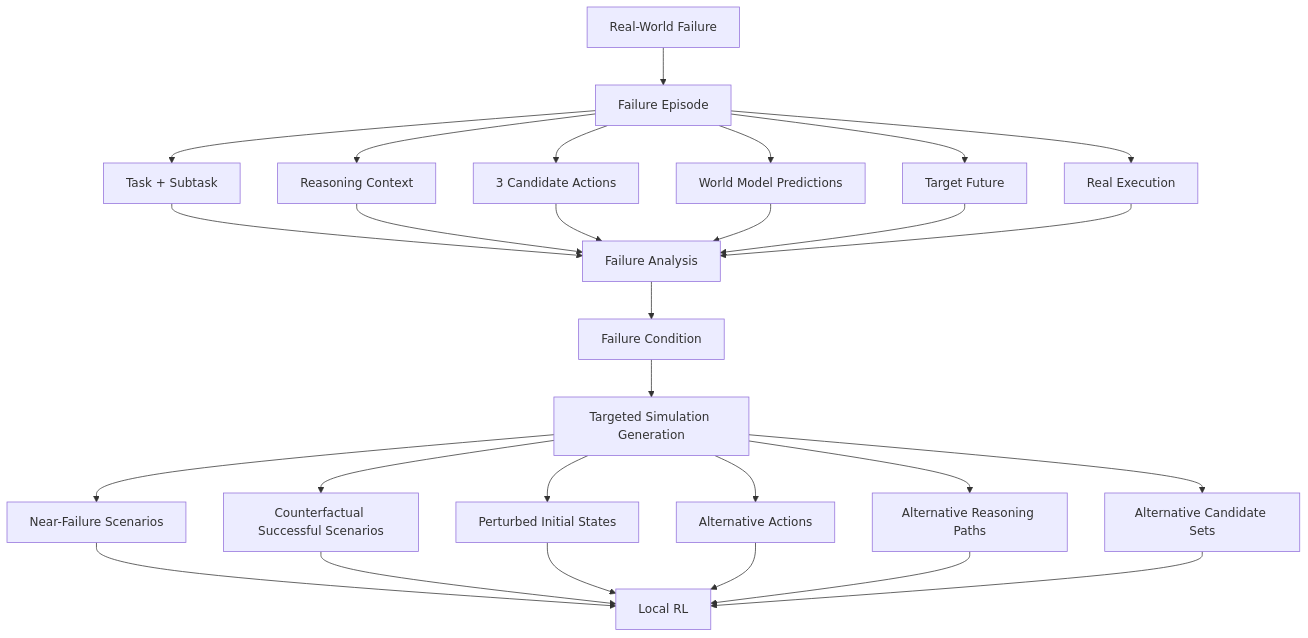
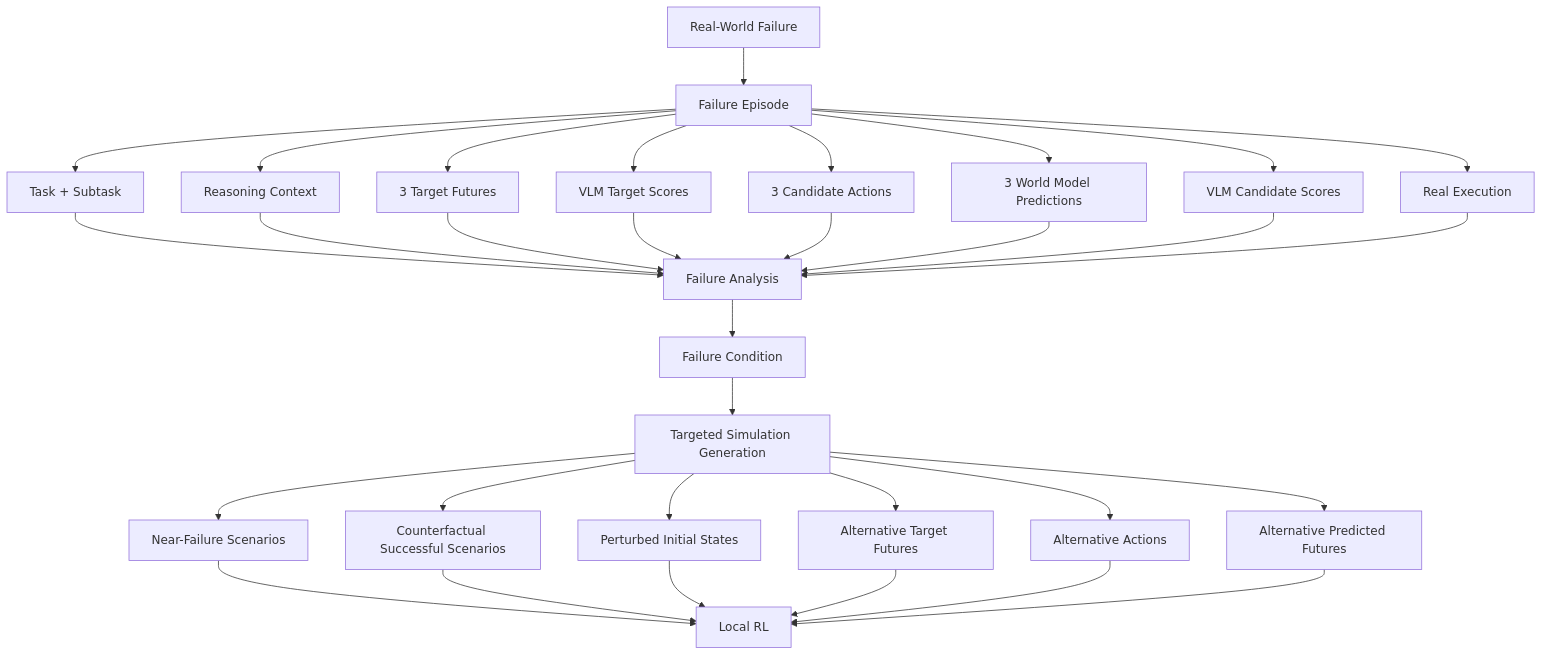
Before and after one commit to Freelunch-AI/freelunch-ide: the ninth of 13 diagrams in docs/specs/post-demo/lunch_robotics.md, drawn with Mermaid. The commit also changed other lines of this file, not shown here.

````diff
--- a/docs/specs/post-demo/lunch_robotics.md
+++ b/docs/specs/post-demo/lunch_robotics.md
@@ -1427,36 +1508,40 @@
 ```mermaid
 flowchart TD
     A["Real-World Failure"] --> B["Failure Episode"]
 
     B --> C["Task + Subtask"]
     B --> D["Reasoning Context"]
-    B --> E["3 Candidate Actions"]
-    B --> F["World Model Predictions"]
-    B --> G["Target Future"]
-    B --> H["Real Execution"]
+    B --> E["3 Target Futures"]
+    B --> F["VLM Target Scores"]
+    B --> G["3 Candidate Actions"]
+    B --> H["3 World Model Predictions"]
+    B --> I["VLM Candidate Scores"]
+    B --> J["Real Execution"]
 
-    C --> I["Failure Analysis"]
-    D --> I
-    E --> I
-    F --> I
-    G --> I
-    H --> I
+    C --> K["Failure Analysis"]
+    D --> K
+    E --> K
+    F --> K
+    G --> K
+    H --> K
+    I --> K
+    J --> K
 
-    I --> J["Failure Condition"]
+    K --> L["Failure Condition"]
 
-    J --> K["Targeted Simulation Generation"]
+    L --> M["Targeted Simulation Generation"]
 
-    K --> L["Near-Failure Scenarios"]
-    K --> M["Counterfactual Successful Scenarios"]
-    K --> N["Perturbed Initial States"]
-    K --> O["Alternative Actions"]
-    K --> P["Alternative Reasoning Paths"]
-    K --> Q["Alternative Candidate Sets"]
+    M --> N["Near-Failure Scenarios"]
+    M --> O["Counterfactual Successful Scenarios"]
+    M --> P["Perturbed Initial States"]
+    M --> Q["Alternative Target Futures"]
+    M --> R["Alternative Actions"]
+    M --> S["Alternative Predicted Futures"]
 
-    L --> R["Local RL"]
-    M --> R
-    N --> R
-    O --> R
-    P --> R
-    Q --> R
+    N --> U["Local RL"]
+    O --> U
+    P --> U
+    Q --> U
+    R --> U
+    S --> U
 ```
````
